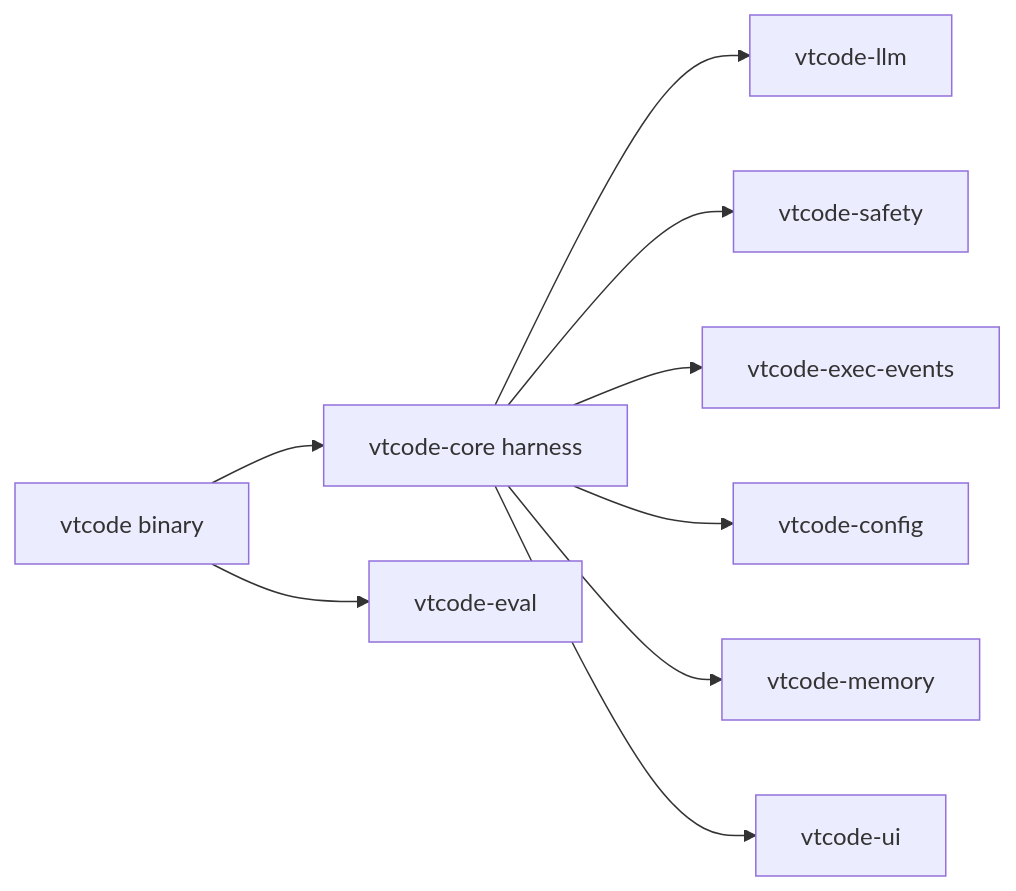
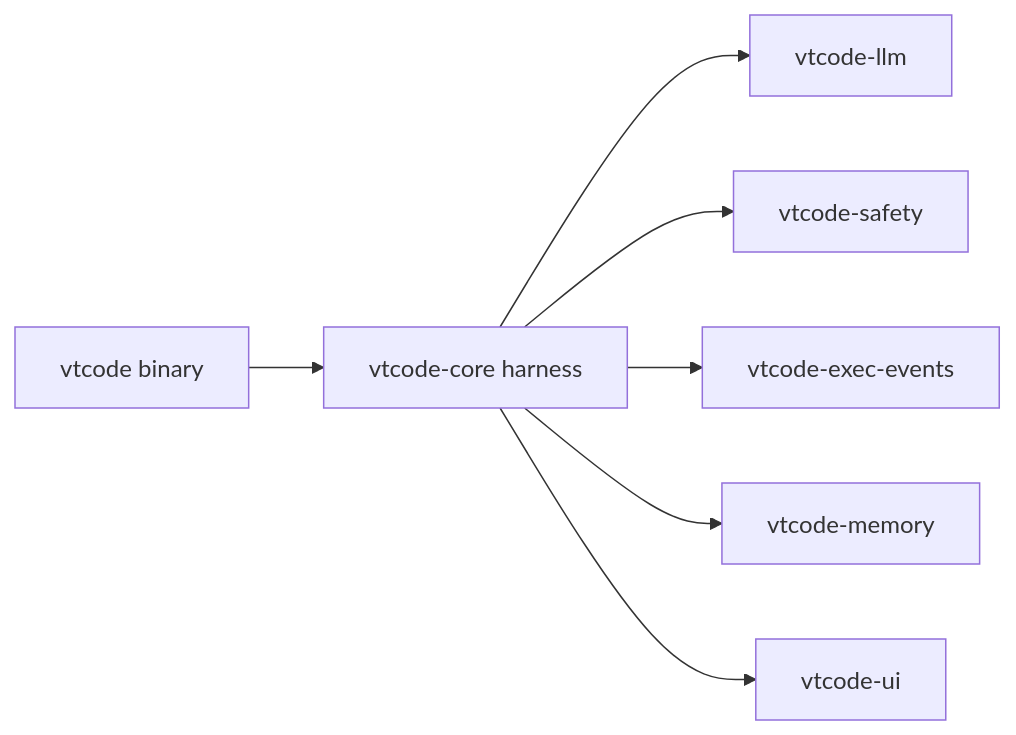
The diagram in README.md (vinhnx/VTCode), drawn with Mermaid before and after one commit. The commit also changed other lines of this file and 2 other files, not shown here.

````diff
--- a/README.md
+++ b/README.md
@@ -207,11 +198,9 @@
 ```mermaid
 graph LR
     BIN[vtcode binary] --> CORE[vtcode-core harness]
-    BIN --> EVAL[vtcode-eval]
     CORE --> LLM[vtcode-llm]
     CORE --> SAFETY[vtcode-safety]
     CORE --> EVENTS[vtcode-exec-events]
-    CORE --> CONFIG[vtcode-config]
     CORE --> MEMORY[vtcode-memory]
     CORE --> UI[vtcode-ui]
 ```
````
